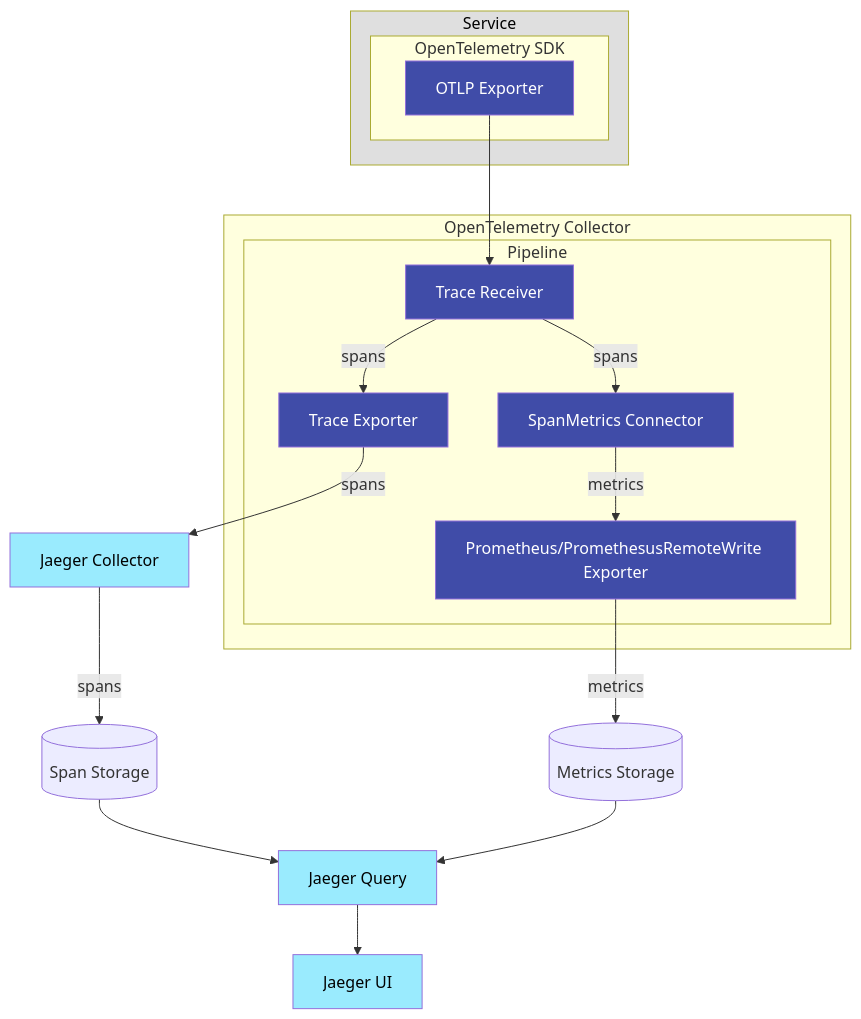
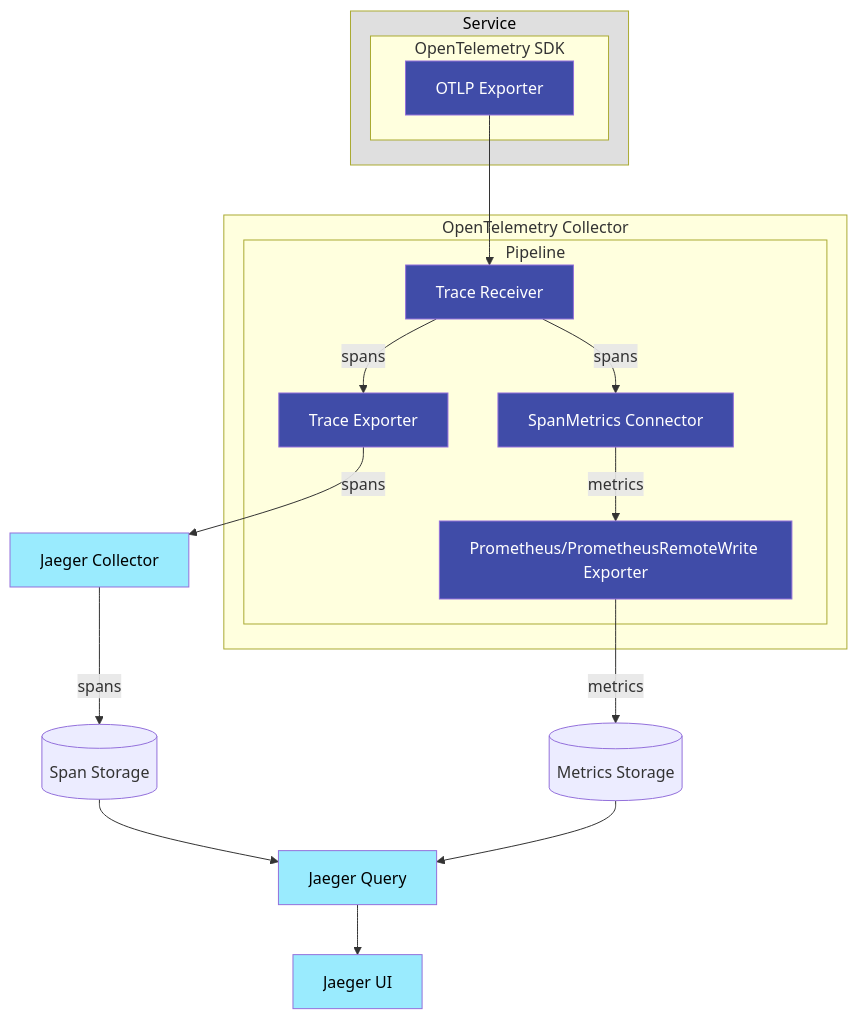
Before and after one commit to jaegertracing/documentation: the diagram in content/docs/1.47/spm.md, drawn with Mermaid. The commit also changed 32 other files, not shown here.

```diff
--- a/content/docs/1.47/spm.md
+++ b/content/docs/1.47/spm.md
@@ -76,42 +76,42 @@
 {{<mermaid align="center">}}
 graph
     OTLP_EXPORTER[OTLP Exporter] --> TRACE_RECEIVER
 
     subgraph Service
         subgraph OpenTelemetry SDK
             OTLP_EXPORTER
         end
     end
 
     TRACE_RECEIVER[Trace Receiver] --> |spans| SPANMETRICS_CONN[SpanMetrics Connector]
     TRACE_RECEIVER --> |spans| TRACE_EXPORTER[Trace Exporter]
     TRACE_EXPORTER --> |spans| COLLECTOR[Jaeger Collector]
-    SPANMETRICS_CONN --> |metrics| PROMETHEUS_EXPORTER[Prometheus/PromethesusRemoteWrite Exporter]
+    SPANMETRICS_CONN --> |metrics| PROMETHEUS_EXPORTER[Prometheus/PrometheusRemoteWrite Exporter]
     PROMETHEUS_EXPORTER --> |metrics| METRICS_STORE[(Metrics Storage)]
 
     COLLECTOR --> |spans| SPAN_STORE[(Span Storage)]
     SPAN_STORE --> QUERY[Jaeger Query]
     METRICS_STORE --> QUERY
     QUERY --> UI[Jaeger UI]
 
     subgraph OpenTelemetry Collector
         subgraph Pipeline
             TRACE_RECEIVER
             SPANMETRICS_CONN
             TRACE_EXPORTER
             PROMETHEUS_EXPORTER
         end
     end
 
     style Service fill:#DFDFDF,color:black
 
     style OTLP_EXPORTER fill:#404CA8,color:white
     style TRACE_RECEIVER fill:#404CA8,color:white
     style TRACE_EXPORTER fill:#404CA8,color:white
     style SPANMETRICS_CONN fill:#404CA8,color:white
     style PROMETHEUS_EXPORTER fill:#404CA8,color:white
 
     style UI fill:#9AEBFE,color:black
     style QUERY fill:#9AEBFE,color:black
     style COLLECTOR fill:#9AEBFE,color:black
 {{< /mermaid >}}
```
